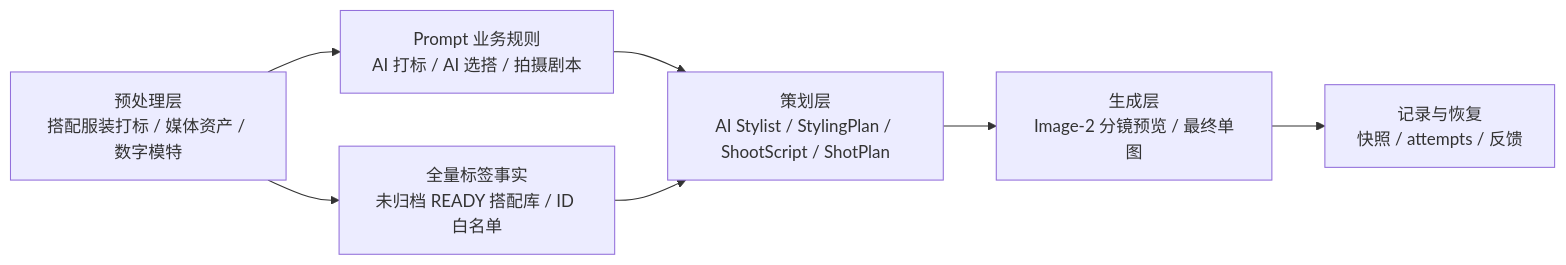
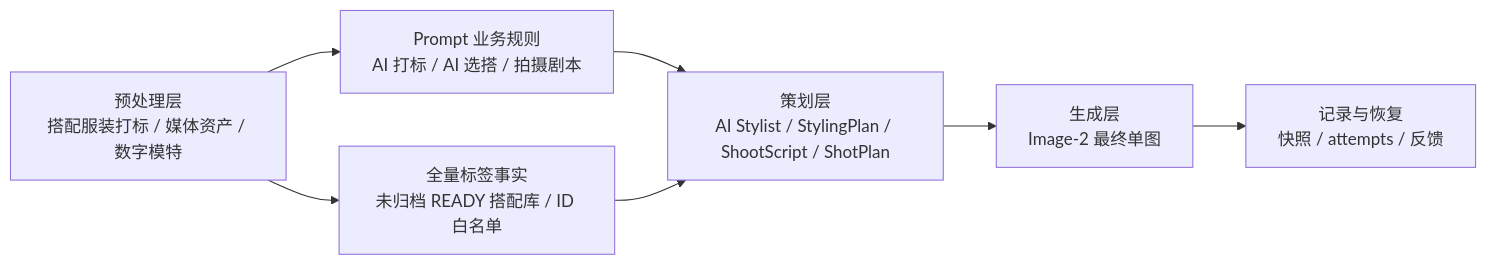
Before and after one commit to happyvchen/ruyi-dream: the diagram in design/01_generation_flow/generation_responsibility_matrix.md, drawn with Mermaid. The commit also changed other lines of this file and 53 other files, not shown here.

````diff
--- a/design/01_generation_flow/generation_responsibility_matrix.md
+++ b/design/01_generation_flow/generation_responsibility_matrix.md
@@ -62,9 +60,9 @@
 ```mermaid
 flowchart LR
   A["预处理层<br/>搭配服装打标 / 媒体资产 / 数字模特"] --> B["Prompt 业务规则<br/>AI 打标 / AI 选搭 / 拍摄剧本"]
   A --> C["全量标签事实<br/>未归档 READY 搭配库 / ID 白名单"]
   B --> D0["策划层<br/>AI Stylist / StylingPlan / ShootScript / ShotPlan"]
   C --> D0
-  D0 --> D["生成层<br/>Image-2 分镜预览 / 最终单图"]
+  D0 --> D["生成层<br/>Image-2 最终单图"]
   D --> E["记录与恢复<br/>快照 / attempts / 反馈"]
 ```
````
